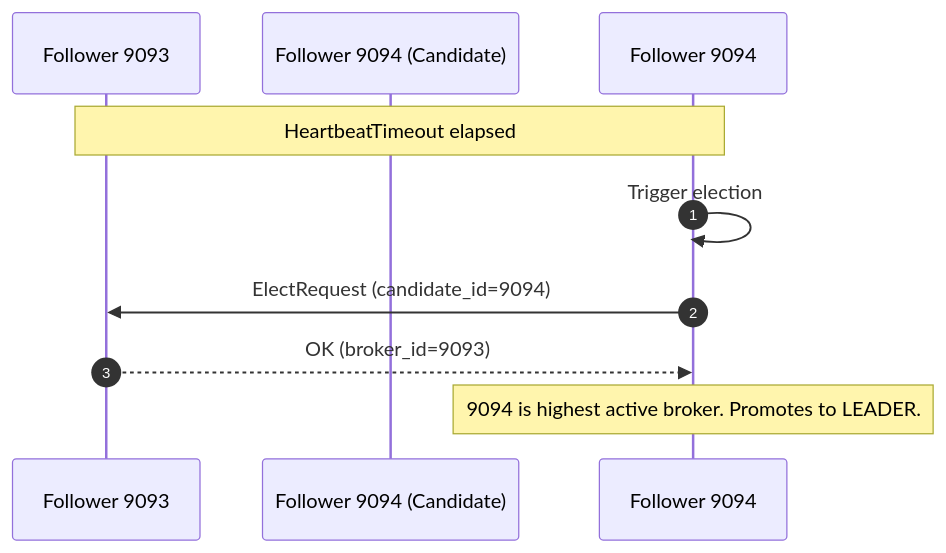
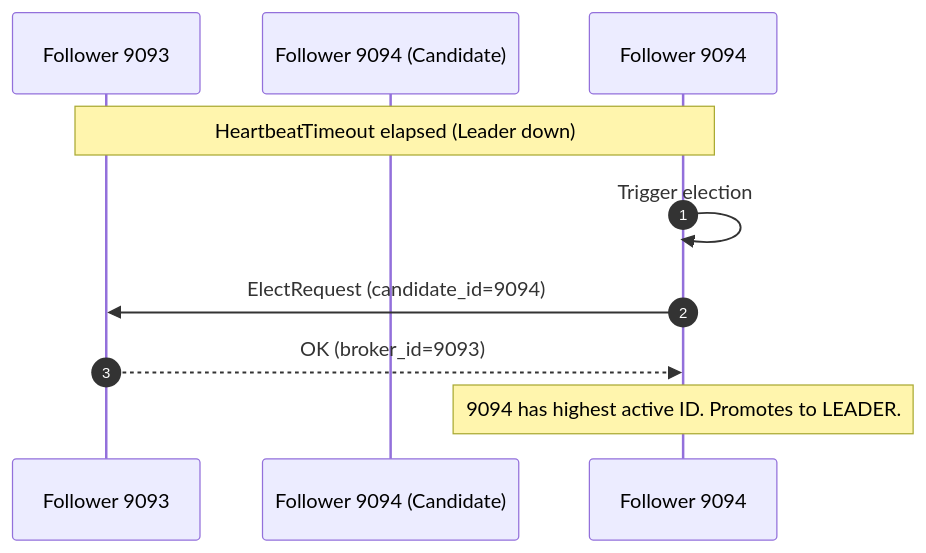
The fourth of 5 diagrams in README.md (aryanp160/cowpybaraMQ), drawn with Mermaid before and after one commit. The commit also changed other lines of this file and 4 other files, not shown here.

````diff
--- a/README.md
+++ b/README.md
@@ -146,12 +118,12 @@
 ```mermaid
 sequenceDiagram
     autonumber
     participant Follower 9093
     participant Follower 9094 (Candidate)
     
-    Note over Follower 9093, Follower 9094: HeartbeatTimeout elapsed
+    Note over Follower 9093, Follower 9094: HeartbeatTimeout elapsed (Leader down)
     Follower 9094->>Follower 9094: Trigger election
     Follower 9094->>Follower 9093: ElectRequest (candidate_id=9094)
     Follower 9093-->>Follower 9094: OK (broker_id=9093)
-    Note over Follower 9094: 9094 is highest active broker. Promotes to LEADER.
+    Note over Follower 9094: 9094 has highest active ID. Promotes to LEADER.
 ```
````
